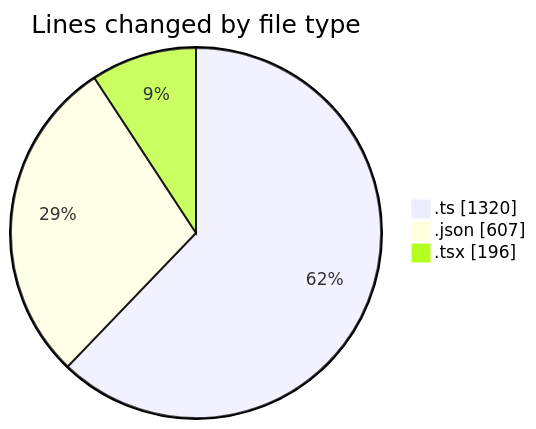
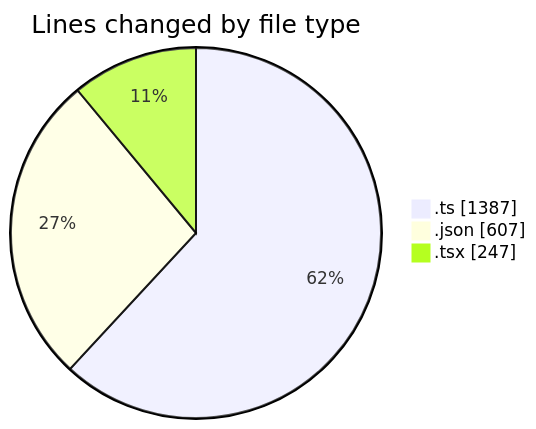
Before and after one commit to EIIisD/code-tracking: the first of 2 diagrams in 2025-07-12/ribbon/README.md, drawn with Mermaid. The commit also changed other lines of this file and 1 other file, not shown here.

````diff
--- a/2025-07-12/ribbon/README.md
+++ b/2025-07-12/ribbon/README.md
@@ -30,7 +32,7 @@
 ```mermaid
 pie showData
 title Lines changed by file type
-".ts" : 1320
+".ts" : 1387
 ".json" : 607
-".tsx" : 196
+".tsx" : 247
 ```
````
